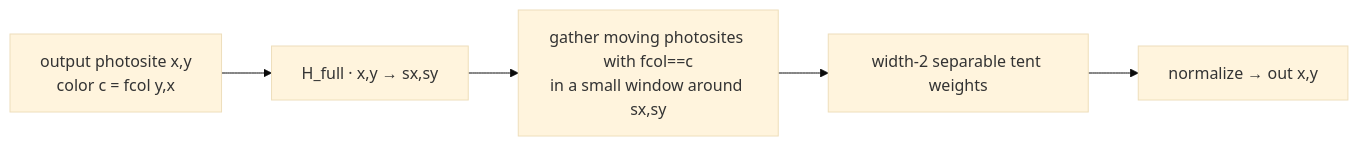
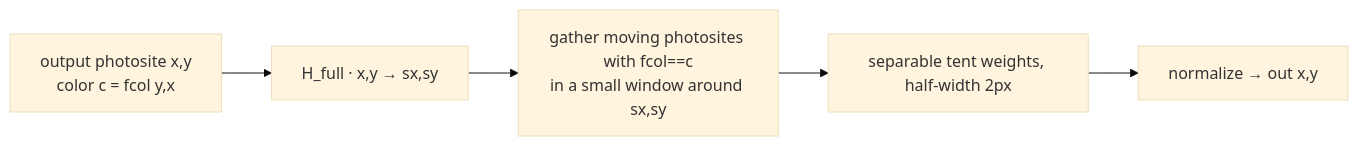
The first of 6 diagrams in dev-doc/HDR_Alignment_Design.md (darktable-org/darktable), drawn with Mermaid (base theme) before and after one commit. The commit also changed other lines of this file and 5 other files, not shown here.

````diff
--- a/dev-doc/HDR_Alignment_Design.md
+++ b/dev-doc/HDR_Alignment_Design.md
@@ -109,7 +108,7 @@
 ```mermaid
 flowchart LR
     A[output photosite x,y<br/>color c = fcol y,x] --> B[H_full · x,y → sx,sy]
     B --> C[gather moving photosites with fcol==c<br/>in a small window around sx,sy]
-    C --> D[width-2 separable tent weights]
+    C --> D[separable tent weights, half-width 2px]
     D --> E[normalize → out x,y]
 ```
````
